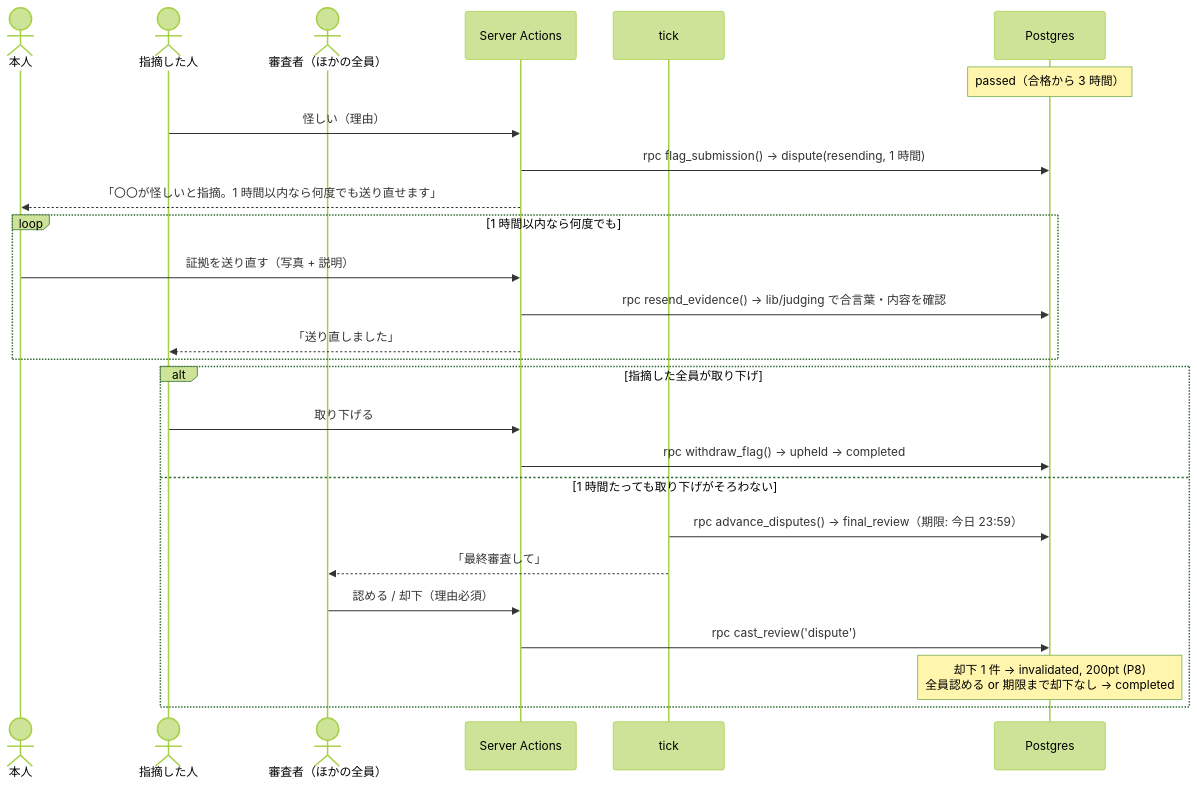
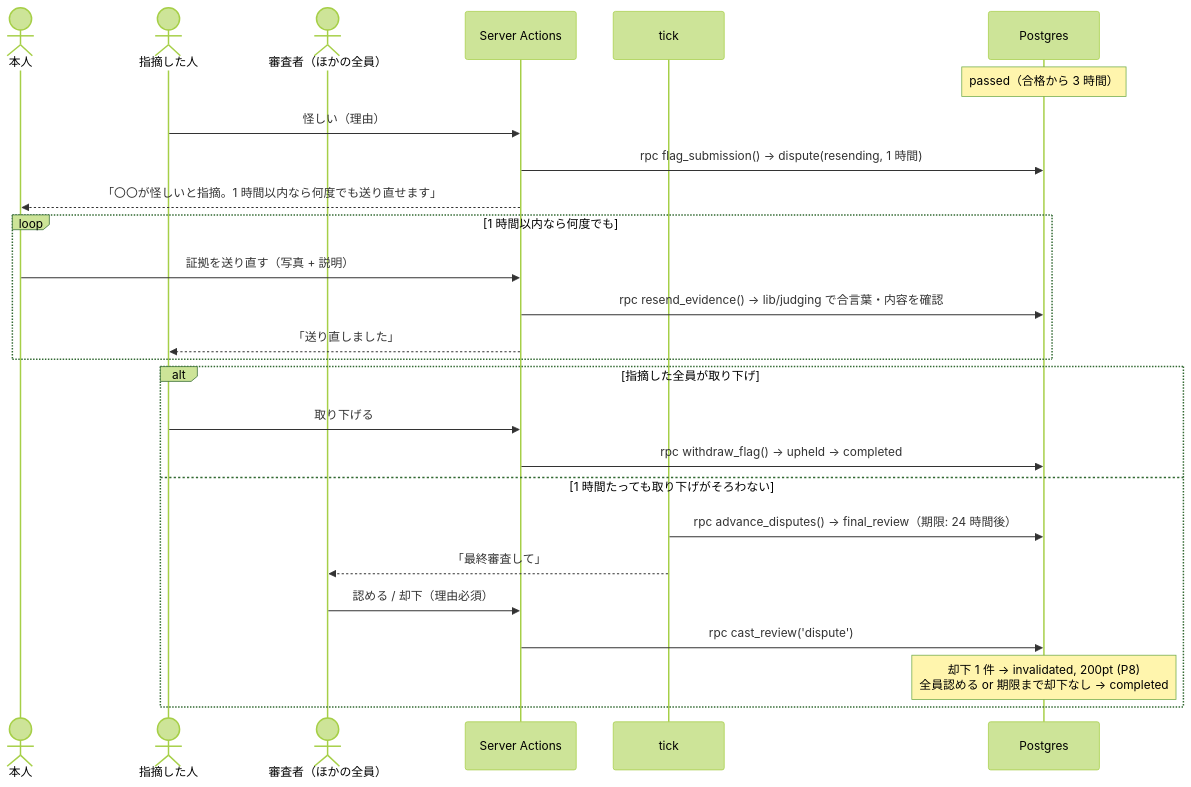
The fourth of 6 diagrams in docs/architecture.md (ashilal1/force-study-app), drawn with Mermaid (forest theme) before and after one commit. The commit also changed other lines of this file and 32 other files, not shown here.

````diff
--- a/docs/architecture.md
+++ b/docs/architecture.md
@@ -111,28 +111,28 @@
 ```mermaid
 sequenceDiagram
     actor U as 本人
     actor F as 指摘した人
     actor M as 審査者（ほかの全員）
     participant SA as Server Actions
     participant T as tick
     participant DB as Postgres
     Note over DB: passed（合格から 3 時間）
     F->>SA: 怪しい（理由）
     SA->>DB: rpc flag_submission() → dispute(resending, 1 時間)
     SA-->>U: 「〇〇が怪しいと指摘。1 時間以内なら何度でも送り直せます」
     loop 1 時間以内なら何度でも
         U->>SA: 証拠を送り直す（写真 + 説明）
         SA->>DB: rpc resend_evidence() → lib/judging で合言葉・内容を確認
         SA-->>F: 「送り直しました」
     end
     alt 指摘した全員が取り下げ
         F->>SA: 取り下げる
         SA->>DB: rpc withdraw_flag() → upheld → completed
     else 1 時間たっても取り下げがそろわない
-        T->>DB: rpc advance_disputes() → final_review（期限: 今日 23:59）
+        T->>DB: rpc advance_disputes() → final_review（期限: 24 時間後）
         T-->>M: 「最終審査して」
         M->>SA: 認める / 却下（理由必須）
         SA->>DB: rpc cast_review('dispute')
         Note over DB: 却下 1 件 → invalidated, 200pt (P8)<br/>全員認める or 期限まで却下なし → completed
     end
 ```
````
